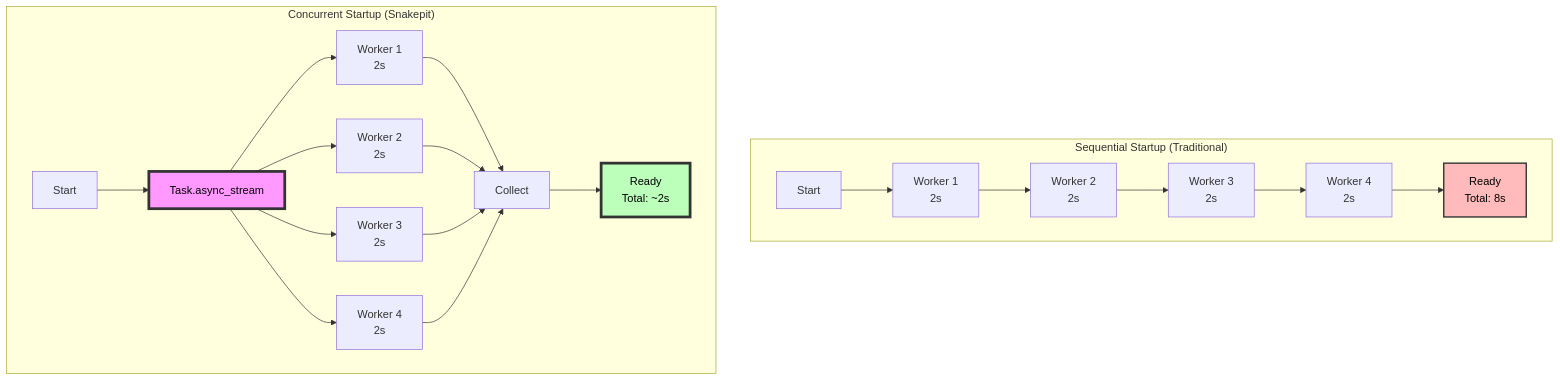
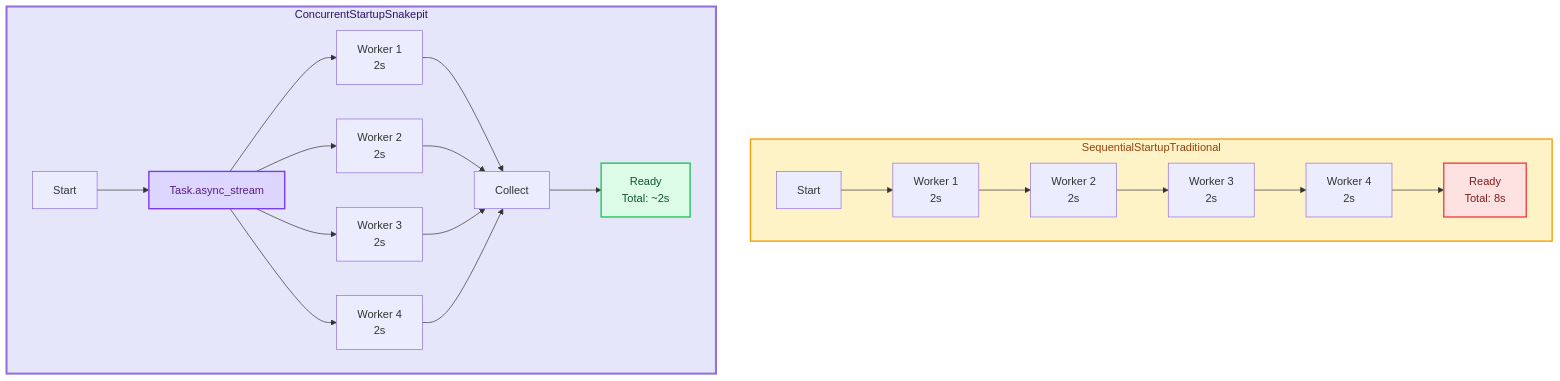
The fifth of 7 diagrams in DIAGS.md (nshkrdotcom/snakepit), drawn with Mermaid before and after one commit. The commit also changed other lines of this file, not shown here.

````diff
--- a/DIAGS.md
+++ b/DIAGS.md
@@ -207,29 +223,33 @@
 ```mermaid
 graph TD
-    subgraph "Sequential Startup (Traditional)"
+    SequentialStartupTraditional["Sequential Startup Traditional"]
+    subgraph SequentialStartupTraditional
         T0["Start"] --> W1S["Worker 1<br/>2s"]
         W1S --> W2S["Worker 2<br/>2s"]
         W2S --> W3S["Worker 3<br/>2s"]
         W3S --> W4S["Worker 4<br/>2s"]
         W4S --> DoneS["Ready<br/>Total: 8s"]
     end
     
-    subgraph "Concurrent Startup (Snakepit)"
+    ConcurrentStartupSnakepit["Concurrent Startup Snakepit"]
+    subgraph ConcurrentStartupSnakepit
         T0C["Start"] --> Init["Task.async_stream"]
         Init --> W1C["Worker 1<br/>2s"]
         Init --> W2C["Worker 2<br/>2s"]
         Init --> W3C["Worker 3<br/>2s"]
         Init --> W4C["Worker 4<br/>2s"]
         
         W1C --> Collect
         W2C --> Collect
         W3C --> Collect
         W4C --> Collect
         
         Collect --> DoneC["Ready<br/>Total: ~2s"]
     end
     
-    style Init fill:#f9f,stroke:#333,stroke-width:4px,color:#000
-    style DoneC fill:#bfb,stroke:#333,stroke-width:4px,color:#000
-    style DoneS fill:#fbb,stroke:#333,stroke-width:2px,color:#000
+    style SequentialStartupTraditional fill:#fef3c7,stroke:#f59e0b,stroke-width:2px,color:#92400e
+    style ConcurrentStartupSnakepit fill:#e6e6fa,stroke:#9370db,stroke-width:3px,color:#2e1065
+    style Init fill:#ddd6fe,stroke:#7c3aed,stroke-width:2px,color:#581c87
+    style DoneC fill:#dcfce7,stroke:#22c55e,stroke-width:2px,color:#14532d
+    style DoneS fill:#fee2e2,stroke:#ef4444,stroke-width:2px,color:#7f1d1d
 ```
````
